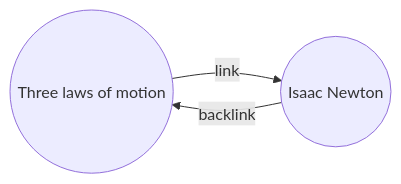
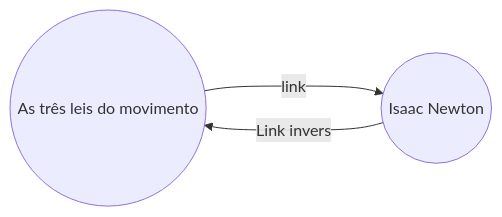
One commit to obsidianmd/obsidian-help changed the diagram in pt-br/Plugins/Links Inversos.md. Above: the diagram before and after it, drawn with Mermaid. The commit also changed other lines of this file, not shown here.

````diff
--- a/pt-br/Plugins/Links Inversos.md
+++ b/pt-br/Plugins/Links Inversos.md
@@ -10,8 +10,8 @@
 ```mermaid
 flowchart LR
-  laws((Three laws of motion))
+  laws((As três leis do movimento))
   newton((Isaac Newton))
 
   laws --link--> newton
-  newton --backlink--> laws
+  newton --Link inverso--> laws
 ```
````
